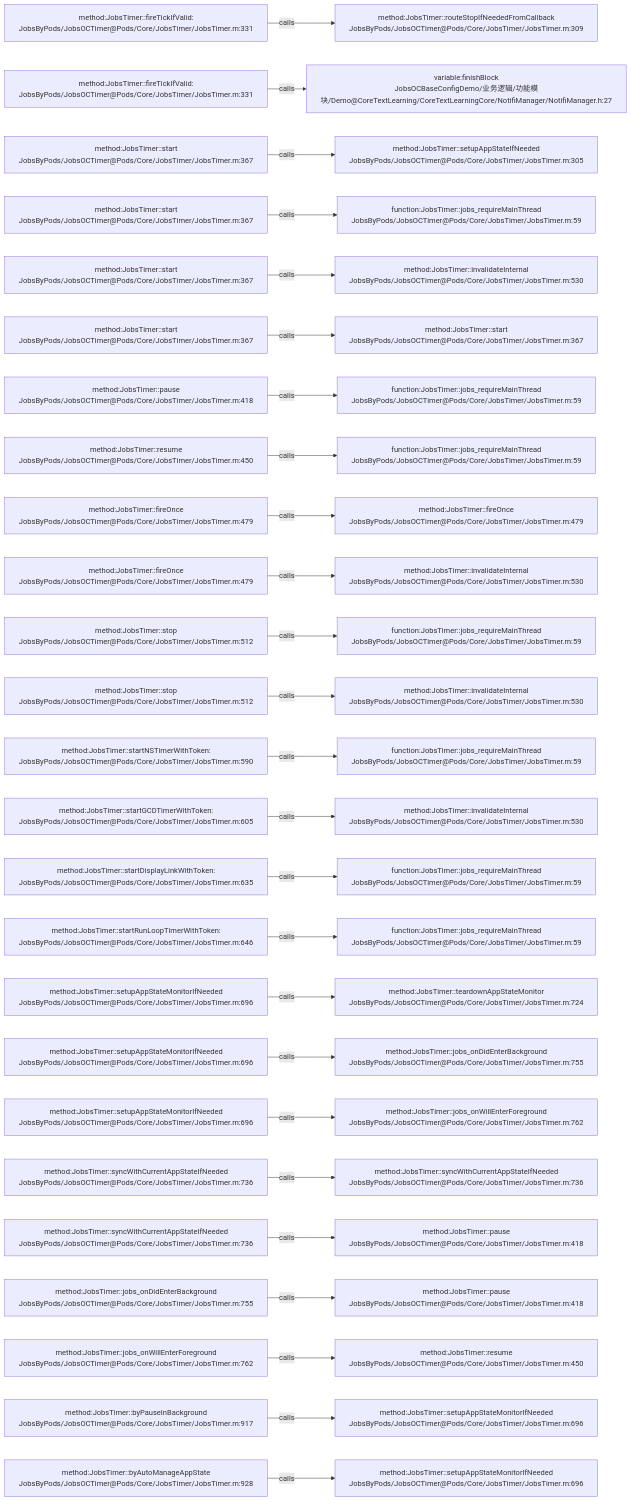
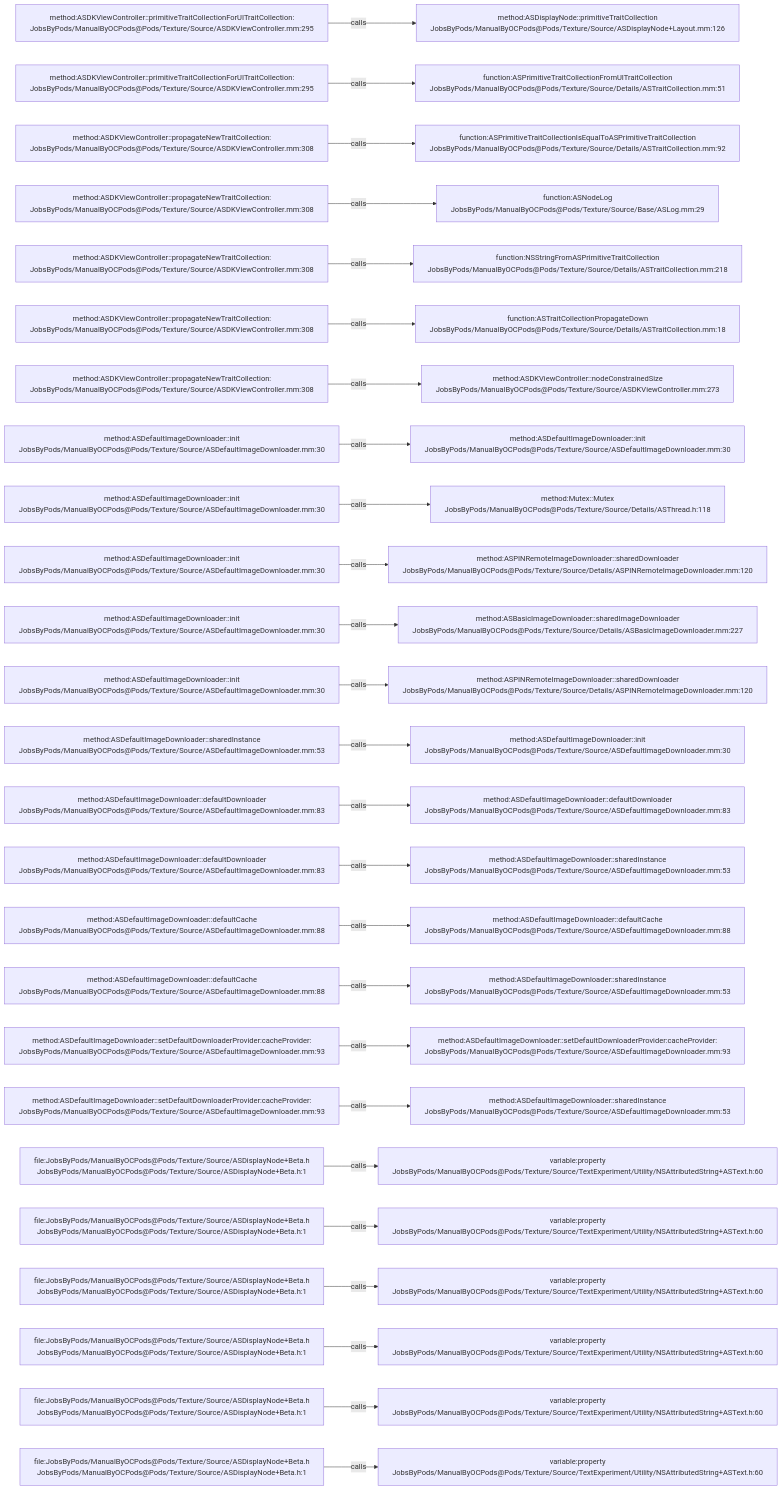
One commit to JobsKits/JobsOCBaseConfigDemo changed the diagram in .codegraph/codegraph.md/graphs/calls-097.md. Above: the diagram before and after it, drawn with Mermaid. The commit also changed 2162 other files, not shown here.

````diff
--- a/.codegraph/codegraph.md/graphs/calls-097.md
+++ b/.codegraph/codegraph.md/graphs/calls-097.md
@@ -13,78 +13,78 @@
 ```mermaid
 flowchart LR
-  S1["method:JobsTimer::fireTickIfValid:<br/>JobsByPods/JobsOCTimer@Pods/Core/JobsTimer/JobsTimer.m:331"]
-  T1["method:JobsTimer::routeStopIfNeededFromCallback<br/>JobsByPods/JobsOCTimer@Pods/Core/JobsTimer/JobsTimer.m:309"]
+  S1["method:ASDKViewController::primitiveTraitCollectionForUITraitCollection:<br/>JobsByPods/ManualByOCPods@Pods/Texture/Source/ASDKViewController.mm:295"]
+  T1["method:ASDisplayNode::primitiveTraitCollection<br/>JobsByPods/ManualByOCPods@Pods/Texture/Source/ASDisplayNode+Layout.mm:126"]
   S1 -->|calls| T1
-  S2["method:JobsTimer::fireTickIfValid:<br/>JobsByPods/JobsOCTimer@Pods/Core/JobsTimer/JobsTimer.m:331"]
-  T2["variable:finishBlock<br/>JobsOCBaseConfigDemo/业务逻辑/功能模块/Demo@CoreTextLearning/CoreTextLearningCore/NotifiManager/NotifiManager.h:27"]
+  S2["method:ASDKViewController::primitiveTraitCollectionForUITraitCollection:<br/>JobsByPods/ManualByOCPods@Pods/Texture/Source/ASDKViewController.mm:295"]
+  T2["function:ASPrimitiveTraitCollectionFromUITraitCollection<br/>JobsByPods/ManualByOCPods@Pods/Texture/Source/Details/ASTraitCollection.mm:51"]
   S2 -->|calls| T2
-  S3["method:JobsTimer::start<br/>JobsByPods/JobsOCTimer@Pods/Core/JobsTimer/JobsTimer.m:367"]
-  T3["method:JobsTimer::setupAppStateIfNeeded<br/>JobsByPods/JobsOCTimer@Pods/Core/JobsTimer/JobsTimer.m:305"]
+  S3["method:ASDKViewController::propagateNewTraitCollection:<br/>JobsByPods/ManualByOCPods@Pods/Texture/Source/ASDKViewController.mm:308"]
+  T3["function:ASPrimitiveTraitCollectionIsEqualToASPrimitiveTraitCollection<br/>JobsByPods/ManualByOCPods@Pods/Texture/Source/Details/ASTraitCollection.mm:92"]
   S3 -->|calls| T3
-  S4["method:JobsTimer::start<br/>JobsByPods/JobsOCTimer@Pods/Core/JobsTimer/JobsTimer.m:367"]
-  T4["function:JobsTimer::jobs_requireMainThread<br/>JobsByPods/JobsOCTimer@Pods/Core/JobsTimer/JobsTimer.m:59"]
+  S4["method:ASDKViewController::propagateNewTraitCollection:<br/>JobsByPods/ManualByOCPods@Pods/Texture/Source/ASDKViewController.mm:308"]
+  T4["function:ASNodeLog<br/>JobsByPods/ManualByOCPods@Pods/Texture/Source/Base/ASLog.mm:29"]
   S4 -->|calls| T4
-  S5["method:JobsTimer::start<br/>JobsByPods/JobsOCTimer@Pods/Core/JobsTimer/JobsTimer.m:367"]
-  T5["method:JobsTimer::invalidateInternal<br/>JobsByPods/JobsOCTimer@Pods/Core/JobsTimer/JobsTimer.m:530"]
+  S5["method:ASDKViewController::propagateNewTraitCollection:<br/>JobsByPods/ManualByOCPods@Pods/Texture/Source/ASDKViewController.mm:308"]
+  T5["function:NSStringFromASPrimitiveTraitCollection<br/>JobsByPods/ManualByOCPods@Pods/Texture/Source/Details/ASTraitCollection.mm:218"]
   S5 -->|calls| T5
-  S6["method:JobsTimer::start<br/>JobsByPods/JobsOCTimer@Pods/Core/JobsTimer/JobsTimer.m:367"]
-  T6["method:JobsTimer::start<br/>JobsByPods/JobsOCTimer@Pods/Core/JobsTimer/JobsTimer.m:367"]
+  S6["method:ASDKViewController::propagateNewTraitCollection:<br/>JobsByPods/ManualByOCPods@Pods/Texture/Source/ASDKViewController.mm:308"]
+  T6["function:ASTraitCollectionPropagateDown<br/>JobsByPods/ManualByOCPods@Pods/Texture/Source/Details/ASTraitCollection.mm:18"]
   S6 -->|calls| T6
-  S7["method:JobsTimer::pause<br/>JobsByPods/JobsOCTimer@Pods/Core/JobsTimer/JobsTimer.m:418"]
-  T7["function:JobsTimer::jobs_requireMainThread<br/>JobsByPods/JobsOCTimer@Pods/Core/JobsTimer/JobsTimer.m:59"]
+  S7["method:ASDKViewController::propagateNewTraitCollection:<br/>JobsByPods/ManualByOCPods@Pods/Texture/Source/ASDKViewController.mm:308"]
+  T7["method:ASDKViewController::nodeConstrainedSize<br/>JobsByPods/ManualByOCPods@Pods/Texture/Source/ASDKViewController.mm:273"]
   S7 -->|calls| T7
-  S8["method:JobsTimer::resume<br/>JobsByPods/JobsOCTimer@Pods/Core/JobsTimer/JobsTimer.m:450"]
-  T8["function:JobsTimer::jobs_requireMainThread<br/>JobsByPods/JobsOCTimer@Pods/Core/JobsTimer/JobsTimer.m:59"]
+  S8["method:ASDefaultImageDownloader::init<br/>JobsByPods/ManualByOCPods@Pods/Texture/Source/ASDefaultImageDownloader.mm:30"]
+  T8["method:ASDefaultImageDownloader::init<br/>JobsByPods/ManualByOCPods@Pods/Texture/Source/ASDefaultImageDownloader.mm:30"]
   S8 -->|calls| T8
-  S9["method:JobsTimer::fireOnce<br/>JobsByPods/JobsOCTimer@Pods/Core/JobsTimer/JobsTimer.m:479"]
-  T9["method:JobsTimer::fireOnce<br/>JobsByPods/JobsOCTimer@Pods/Core/JobsTimer/JobsTimer.m:479"]
+  S9["method:ASDefaultImageDownloader::init<br/>JobsByPods/ManualByOCPods@Pods/Texture/Source/ASDefaultImageDownloader.mm:30"]
+  T9["method:Mutex::Mutex<br/>JobsByPods/ManualByOCPods@Pods/Texture/Source/Details/ASThread.h:118"]
   S9 -->|calls| T9
-  S10["method:JobsTimer::fireOnce<br/>JobsByPods/JobsOCTimer@Pods/Core/JobsTimer/JobsTimer.m:479"]
-  T10["method:JobsTimer::invalidateInternal<br/>JobsByPods/JobsOCTimer@Pods/Core/JobsTimer/JobsTimer.m:530"]
+  S10["method:ASDefaultImageDownloader::init<br/>JobsByPods/ManualByOCPods@Pods/Texture/Source/ASDefaultImageDownloader.mm:30"]
+  T10["method:ASPINRemoteImageDownloader::sharedDownloader<br/>JobsByPods/ManualByOCPods@Pods/Texture/Source/Details/ASPINRemoteImageDownloader.mm:120"]
   S10 -->|calls| T10
-  S11["method:JobsTimer::stop<br/>JobsByPods/JobsOCTimer@Pods/Core/JobsTimer/JobsTimer.m:512"]
-  T11["function:JobsTimer::jobs_requireMainThread<br/>JobsByPods/JobsOCTimer@Pods/Core/JobsTimer/JobsTimer.m:59"]
+  S11["method:ASDefaultImageDownloader::init<br/>JobsByPods/ManualByOCPods@Pods/Texture/Source/ASDefaultImageDownloader.mm:30"]
+  T11["method:ASBasicImageDownloader::sharedImageDownloader<br/>JobsByPods/ManualByOCPods@Pods/Texture/Source/Details/ASBasicImageDownloader.mm:227"]
   S11 -->|calls| T11
-  S12["method:JobsTimer::stop<br/>JobsByPods/JobsOCTimer@Pods/Core/JobsTimer/JobsTimer.m:512"]
-  T12["method:JobsTimer::invalidateInternal<br/>JobsByPods/JobsOCTimer@Pods/Core/JobsTimer/JobsTimer.m:530"]
+  S12["method:ASDefaultImageDownloader::init<br/>JobsByPods/ManualByOCPods@Pods/Texture/Source/ASDefaultImageDownloader.mm:30"]
+  T12["method:ASPINRemoteImageDownloader::sharedDownloader<br/>JobsByPods/ManualByOCPods@Pods/Texture/Source/Details/ASPINRemoteImageDownloader.mm:120"]
   S12 -->|calls| T12
-  S13["method:JobsTimer::startNSTimerWithToken:<br/>JobsByPods/JobsOCTimer@Pods/Core/JobsTimer/JobsTimer.m:590"]
-  T13["function:JobsTimer::jobs_requireMainThread<br/>JobsByPods/JobsOCTimer@Pods/Core/JobsTimer/JobsTimer.m:59"]
+  S13["method:ASDefaultImageDownloader::sharedInstance<br/>JobsByPods/ManualByOCPods@Pods/Texture/Source/ASDefaultImageDownloader.mm:53"]
+  T13["method:ASDefaultImageDownloader::init<br/>JobsByPods/ManualByOCPods@Pods/Texture/Source/ASDefaultImageDownloader.mm:30"]
   S13 -->|calls| T13
-  S14["method:JobsTimer::startGCDTimerWithToken:<br/>JobsByPods/JobsOCTimer@Pods/Core/JobsTimer/JobsTimer.m:605"]
-  T14["method:JobsTimer::invalidateInternal<br/>JobsByPods/JobsOCTimer@Pods/Core/JobsTimer/JobsTimer.m:530"]
+  S14["method:ASDefaultImageDownloader::defaultDownloader<br/>JobsByPods/ManualByOCPods@Pods/Texture/Source/ASDefaultImageDownloader.mm:83"]
+  T14["method:ASDefaultImageDownloader::defaultDownloader<br/>JobsByPods/ManualByOCPods@Pods/Texture/Source/ASDefaultImageDownloader.mm:83"]
   S14 -->|calls| T14
-  S15["method:JobsTimer::startDisplayLinkWithToken:<br/>JobsByPods/JobsOCTimer@Pods/Core/JobsTimer/JobsTimer.m:635"]
-  T15["function:JobsTimer::jobs_requireMainThread<br/>JobsByPods/JobsOCTimer@Pods/Core/JobsTimer/JobsTimer.m:59"]
+  S15["method:ASDefaultImageDownloader::defaultDownloader<br/>JobsByPods/ManualByOCPods@Pods/Texture/Source/ASDefaultImageDownloader.mm:83"]
+  T15["method:ASDefaultImageDownloader::sharedInstance<br/>JobsByPods/ManualByOCPods@Pods/Texture/Source/ASDefaultImageDownloader.mm:53"]
   S15 -->|calls| T15
-  S16["method:JobsTimer::startRunLoopTimerWithToken:<br/>JobsByPods/JobsOCTimer@Pods/Core/JobsTimer/JobsTimer.m:646"]
-  T16["function:JobsTimer::jobs_requireMainThread<br/>JobsByPods/JobsOCTimer@Pods/Core/JobsTimer/JobsTimer.m:59"]
+  S16["method:ASDefaultImageDownloader::defaultCache<br/>JobsByPods/ManualByOCPods@Pods/Texture/Source/ASDefaultImageDownloader.mm:88"]
+  T16["method:ASDefaultImageDownloader::defaultCache<br/>JobsByPods/ManualByOCPods@Pods/Texture/Source/ASDefaultImageDownloader.mm:88"]
   S16 -->|calls| T16
-  S17["method:JobsTimer::setupAppStateMonitorIfNeeded<br/>JobsByPods/JobsOCTimer@Pods/Core/JobsTimer/JobsTimer.m:696"]
-  T17["method:JobsTimer::teardownAppStateMonitor<br/>JobsByPods/JobsOCTimer@Pods/Core/JobsTimer/JobsTimer.m:724"]
+  S17["method:ASDefaultImageDownloader::defaultCache<br/>JobsByPods/ManualByOCPods@Pods/Texture/Source/ASDefaultImageDownloader.mm:88"]
+  T17["method:ASDefaultImageDownloader::sharedInstance<br/>JobsByPods/ManualByOCPods@Pods/Texture/Source/ASDefaultImageDownloader.mm:53"]
   S17 -->|calls| T17
-  S18["method:JobsTimer::setupAppStateMonitorIfNeeded<br/>JobsByPods/JobsOCTimer@Pods/Core/JobsTimer/JobsTimer.m:696"]
-  T18["method:JobsTimer::jobs_onDidEnterBackground<br/>JobsByPods/JobsOCTimer@Pods/Core/JobsTimer/JobsTimer.m:755"]
+  S18["method:ASDefaultImageDownloader::setDefaultDownloaderProvider:cacheProvider:<br/>JobsByPods/ManualByOCPods@Pods/Texture/Source/ASDefaultImageDownloader.mm:93"]
+  T18["method:ASDefaultImageDownloader::setDefaultDownloaderProvider:cacheProvider:<br/>JobsByPods/ManualByOCPods@Pods/Texture/Source/ASDefaultImageDownloader.mm:93"]
   S18 -->|calls| T18
-  S19["method:JobsTimer::setupAppStateMonitorIfNeeded<br/>JobsByPods/JobsOCTimer@Pods/Core/JobsTimer/JobsTimer.m:696"]
-  T19["method:JobsTimer::jobs_onWillEnterForeground<br/>JobsByPods/JobsOCTimer@Pods/Core/JobsTimer/JobsTimer.m:762"]
+  S19["method:ASDefaultImageDownloader::setDefaultDownloaderProvider:cacheProvider:<br/>JobsByPods/ManualByOCPods@Pods/Texture/Source/ASDefaultImageDownloader.mm:93"]
+  T19["method:ASDefaultImageDownloader::sharedInstance<br/>JobsByPods/ManualByOCPods@Pods/Texture/Source/ASDefaultImageDownloader.mm:53"]
   S19 -->|calls| T19
-  S20["method:JobsTimer::syncWithCurrentAppStateIfNeeded<br/>JobsByPods/JobsOCTimer@Pods/Core/JobsTimer/JobsTimer.m:736"]
-  T20["method:JobsTimer::syncWithCurrentAppStateIfNeeded<br/>JobsByPods/JobsOCTimer@Pods/Core/JobsTimer/JobsTimer.m:736"]
+  S20["file:JobsByPods/ManualByOCPods@Pods/Texture/Source/ASDisplayNode+Beta.h<br/>JobsByPods/ManualByOCPods@Pods/Texture/Source/ASDisplayNode+Beta.h:1"]
+  T20["variable:property<br/>JobsByPods/ManualByOCPods@Pods/Texture/Source/TextExperiment/Utility/NSAttributedString+ASText.h:60"]
   S20 -->|calls| T20
-  S21["method:JobsTimer::syncWithCurrentAppStateIfNeeded<br/>JobsByPods/JobsOCTimer@Pods/Core/JobsTimer/JobsTimer.m:736"]
-  T21["method:JobsTimer::pause<br/>JobsByPods/JobsOCTimer@Pods/Core/JobsTimer/JobsTimer.m:418"]
+  S21["file:JobsByPods/ManualByOCPods@Pods/Texture/Source/ASDisplayNode+Beta.h<br/>JobsByPods/ManualByOCPods@Pods/Texture/Source/ASDisplayNode+Beta.h:1"]
+  T21["variable:property<br/>JobsByPods/ManualByOCPods@Pods/Texture/Source/TextExperiment/Utility/NSAttributedString+ASText.h:60"]
   S21 -->|calls| T21
-  S22["method:JobsTimer::jobs_onDidEnterBackground<br/>JobsByPods/JobsOCTimer@Pods/Core/JobsTimer/JobsTimer.m:755"]
-  T22["method:JobsTimer::pause<br/>JobsByPods/JobsOCTimer@Pods/Core/JobsTimer/JobsTimer.m:418"]
+  S22["file:JobsByPods/ManualByOCPods@Pods/Texture/Source/ASDisplayNode+Beta.h<br/>JobsByPods/ManualByOCPods@Pods/Texture/Source/ASDisplayNode+Beta.h:1"]
+  T22["variable:property<br/>JobsByPods/ManualByOCPods@Pods/Texture/Source/TextExperiment/Utility/NSAttributedString+ASText.h:60"]
   S22 -->|calls| T22
-  S23["method:JobsTimer::jobs_onWillEnterForeground<br/>JobsByPods/JobsOCTimer@Pods/Core/JobsTimer/JobsTimer.m:762"]
-  T23["method:JobsTimer::resume<br/>JobsByPods/JobsOCTimer@Pods/Core/JobsTimer/JobsTimer.m:450"]
+  S23["file:JobsByPods/ManualByOCPods@Pods/Texture/Source/ASDisplayNode+Beta.h<br/>JobsByPods/ManualByOCPods@Pods/Texture/Source/ASDisplayNode+Beta.h:1"]
+  T23["variable:property<br/>JobsByPods/ManualByOCPods@Pods/Texture/Source/TextExperiment/Utility/NSAttributedString+ASText.h:60"]
   S23 -->|calls| T23
-  S24["method:JobsTimer::byPauseInBackground<br/>JobsByPods/JobsOCTimer@Pods/Core/JobsTimer/JobsTimer.m:917"]
-  T24["method:JobsTimer::setupAppStateMonitorIfNeeded<br/>JobsByPods/JobsOCTimer@Pods/Core/JobsTimer/JobsTimer.m:696"]
+  S24["file:JobsByPods/ManualByOCPods@Pods/Texture/Source/ASDisplayNode+Beta.h<br/>JobsByPods/ManualByOCPods@Pods/Texture/Source/ASDisplayNode+Beta.h:1"]
+  T24["variable:property<br/>JobsByPods/ManualByOCPods@Pods/Texture/Source/TextExperiment/Utility/NSAttributedString+ASText.h:60"]
   S24 -->|calls| T24
-  S25["method:JobsTimer::byAutoManageAppState<br/>JobsByPods/JobsOCTimer@Pods/Core/JobsTimer/JobsTimer.m:928"]
-  T25["method:JobsTimer::setupAppStateMonitorIfNeeded<br/>JobsByPods/JobsOCTimer@Pods/Core/JobsTimer/JobsTimer.m:696"]
+  S25["file:JobsByPods/ManualByOCPods@Pods/Texture/Source/ASDisplayNode+Beta.h<br/>JobsByPods/ManualByOCPods@Pods/Texture/Source/ASDisplayNode+Beta.h:1"]
+  T25["variable:property<br/>JobsByPods/ManualByOCPods@Pods/Texture/Source/TextExperiment/Utility/NSAttributedString+ASText.h:60"]
   S25 -->|calls| T25
 ```
````
